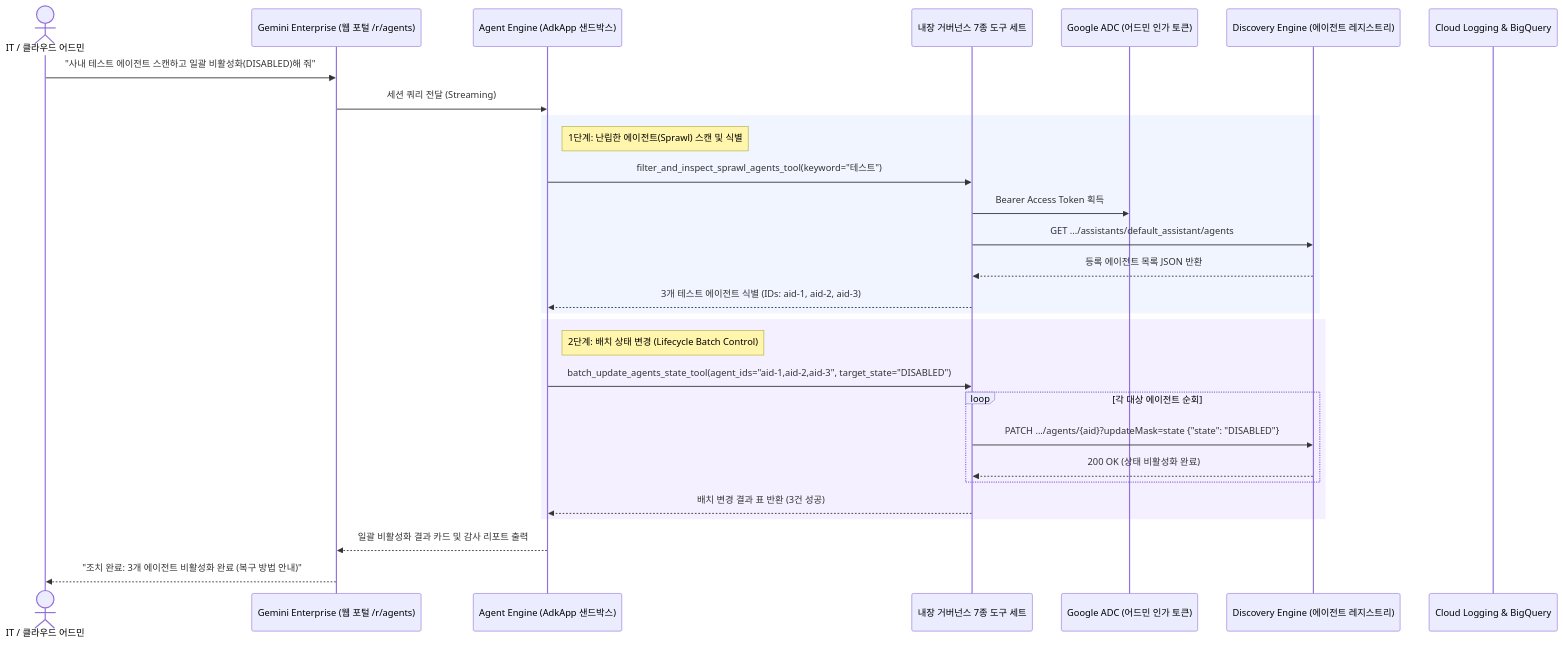
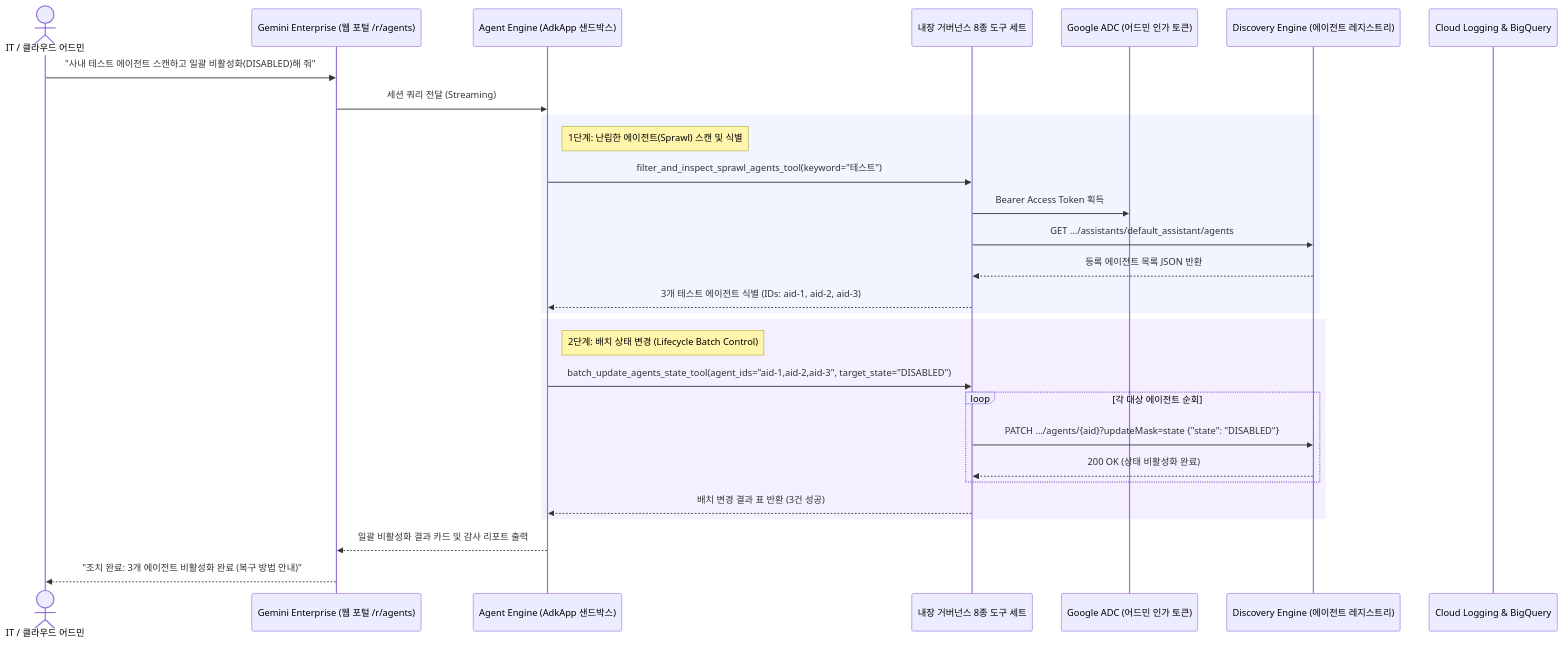
The diagram in samples/gemini-enterprise-factory-admin/docs/TDD.md (jiangjun-forge/google-cloud-0-to-1), drawn with Mermaid before and after one commit. The commit also changed other lines of this file and 39 other files, not shown here.

````diff
--- a/samples/gemini-enterprise-factory-admin/docs/TDD.md
+++ b/samples/gemini-enterprise-factory-admin/docs/TDD.md
@@ -23,35 +23,35 @@
 ```mermaid
 sequenceDiagram
     actor Admin as IT / 클라우드 어드민
     participant Portal as Gemini Enterprise (웹 포털 /r/agents)
     participant Engine as Agent Engine (AdkApp 샌드박스)
-    participant Tools as 내장 거버넌스 7종 도구 세트
+    participant Tools as 내장 거버넌스 8종 도구 세트
     participant Auth as Google ADC (어드민 인가 토큰)
     participant DiscAPI as Discovery Engine (에이전트 레지스트리)
     participant MetricAPI as Cloud Logging & BigQuery
 
     Admin->>Portal: "사내 테스트 에이전트 스캔하고 일괄 비활성화(DISABLED)해 줘"
     Portal->>Engine: 세션 쿼리 전달 (Streaming)
     
     rect rgb(240, 245, 255)
     note right of Engine: 1단계: 난립한 에이전트(Sprawl) 스캔 및 식별
     Engine->>Tools: filter_and_inspect_sprawl_agents_tool(keyword="테스트")
     Tools->>Auth: Bearer Access Token 획득
     Tools->>DiscAPI: GET .../assistants/default_assistant/agents
     DiscAPI-->>Tools: 등록 에이전트 목록 JSON 반환
     Tools-->>Engine: 3개 테스트 에이전트 식별 (IDs: aid-1, aid-2, aid-3)
     end
 
     rect rgb(245, 240, 255)
     note right of Engine: 2단계: 배치 상태 변경 (Lifecycle Batch Control)
     Engine->>Tools: batch_update_agents_state_tool(agent_ids="aid-1,aid-2,aid-3", target_state="DISABLED")
     loop 각 대상 에이전트 순회
         Tools->>DiscAPI: PATCH .../agents/{aid}?updateMask=state {"state": "DISABLED"}
         DiscAPI-->>Tools: 200 OK (상태 비활성화 완료)
     end
     Tools-->>Engine: 배치 변경 결과 표 반환 (3건 성공)
     end
 
     Engine-->>Portal: 일괄 비활성화 결과 카드 및 감사 리포트 출력
     Portal-->>Admin: "조치 완료: 3개 에이전트 비활성화 완료 (복구 방법 안내)"
 ```
````
